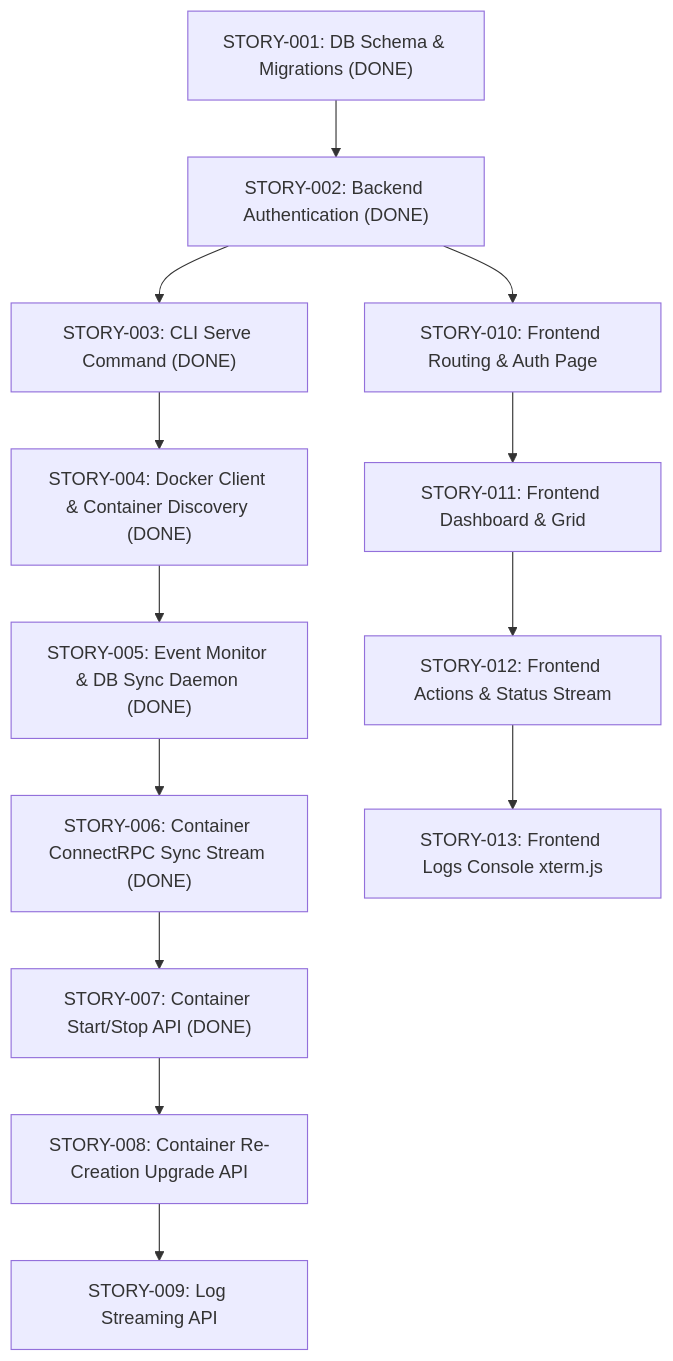
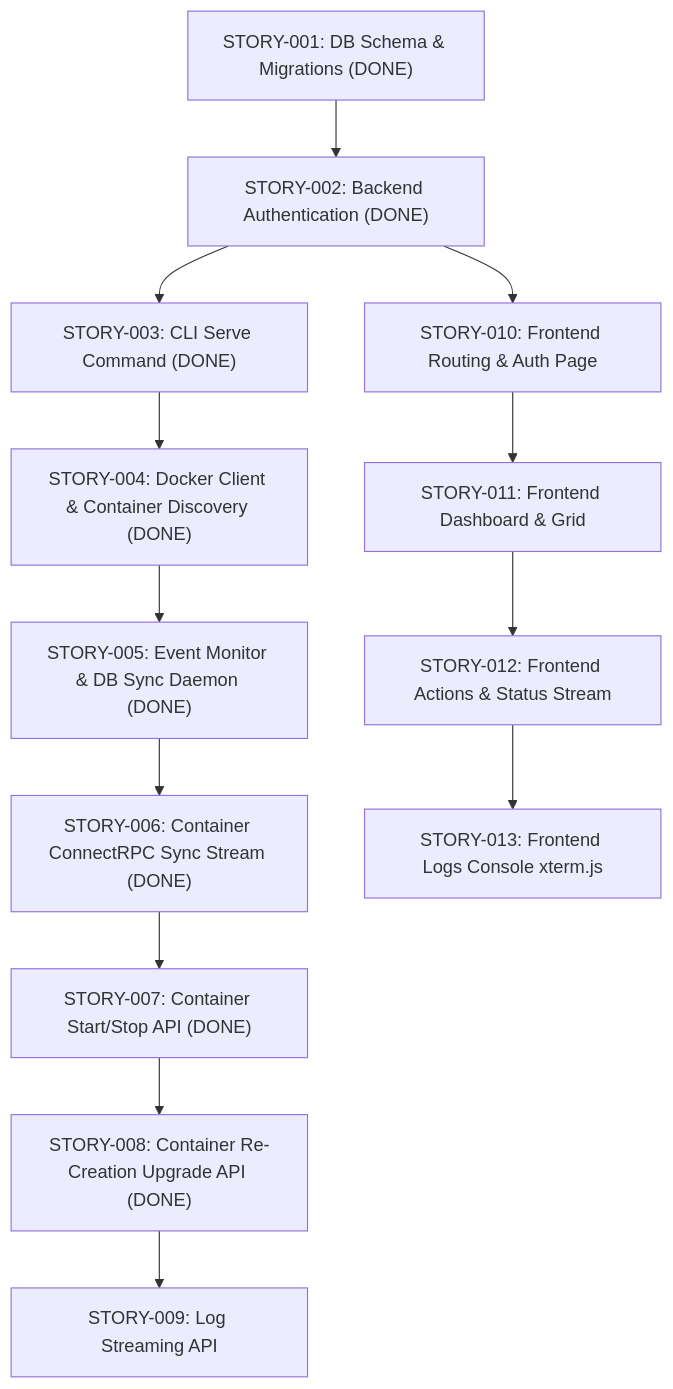
Before and after one commit to noosxe/dmanager: the diagram in docs/stories.md, drawn with Mermaid. The commit also changed other lines of this file and 15 other files, not shown here.

First line of the commit message:
feat: implement container re-creation upgrade api (STORY-008) (#25)

````diff
--- a/docs/stories.md
+++ b/docs/stories.md
@@ -5,15 +5,15 @@
 ```mermaid
 graph TD
     S1["STORY-001: DB Schema & Migrations (DONE)"] --> S2["STORY-002: Backend Authentication (DONE)"]
     S2 --> S3["STORY-003: CLI Serve Command (DONE)"]
     S3 --> S4["STORY-004: Docker Client & Container Discovery (DONE)"]
     S4 --> S5["STORY-005: Event Monitor & DB Sync Daemon (DONE)"]
     S5 --> S6["STORY-006: Container ConnectRPC Sync Stream (DONE)"]
     S6 --> S7["STORY-007: Container Start/Stop API (DONE)"]
-    S7 --> S8[STORY-008: Container Re-Creation Upgrade API]
+    S7 --> S8["STORY-008: Container Re-Creation Upgrade API (DONE)"]
     S8 --> S9[STORY-009: Log Streaming API]
     S2 --> F1[STORY-010: Frontend Routing & Auth Page]
     F1 --> F2[STORY-011: Frontend Dashboard & Grid]
     F2 --> F3[STORY-012: Frontend Actions & Status Stream]
     F3 --> F4[STORY-013: Frontend Logs Console xterm.js]
 ```
````
